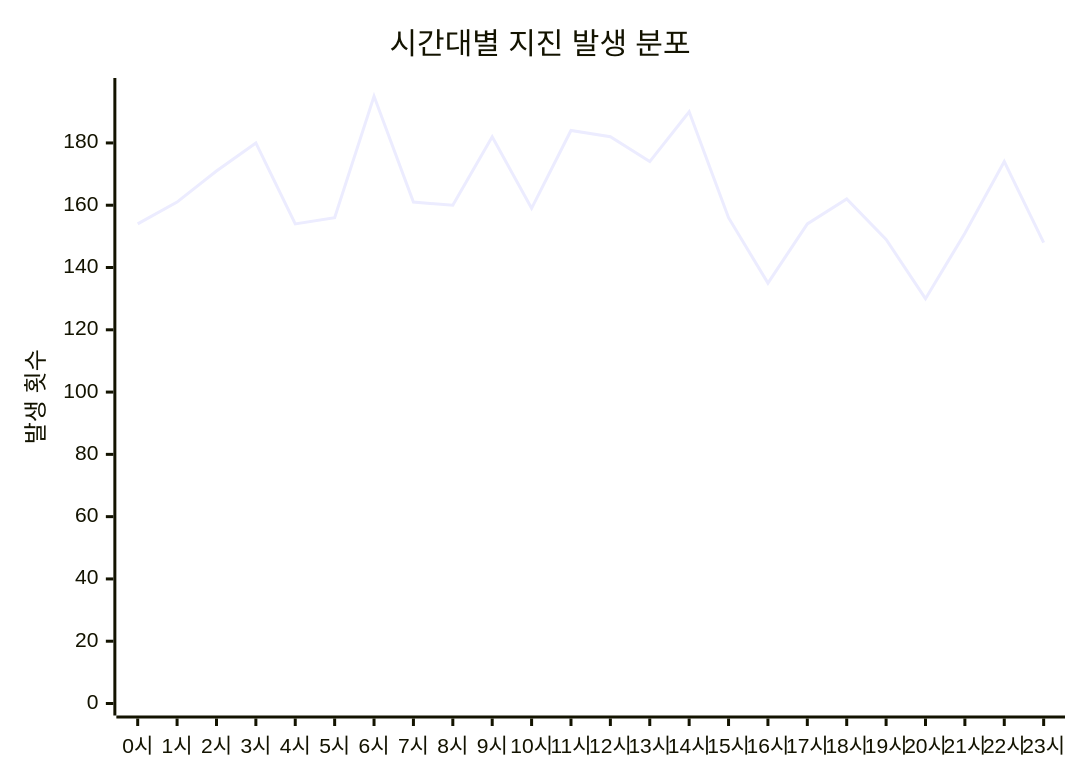
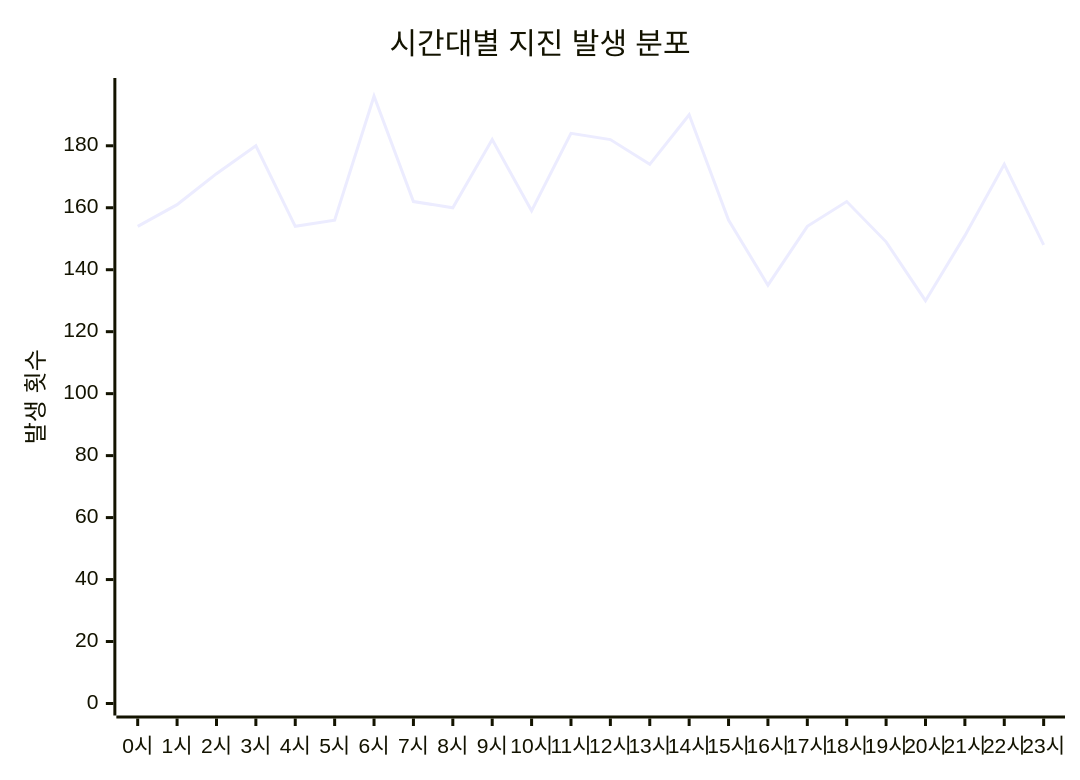
One commit to serendip811/japan-eq changed the diagram in charts/time-chart.md. Above: the diagram before and after it, drawn with Mermaid. The commit also changed other lines of this file and 5 other files, not shown here.

Commit message:
Update earthquake data and charts Sun Mar 29 07:24:31 UTC 2026

````diff
--- a/charts/time-chart.md
+++ b/charts/time-chart.md
@@ -3,7 +3,7 @@
 ```mermaid
 xychart-beta
     title "시간대별 지진 발생 분포"
     x-axis ["0시", "1시", "2시", "3시", "4시", "5시", "6시", "7시", "8시", "9시", "10시", "11시", "12시", "13시", "14시", "15시", "16시", "17시", "18시", "19시", "20시", "21시", "22시", "23시"]
-    y-axis "발생 횟수" 0 --> 197
-    line [154, 161, 171, 180, 154, 156, 195, 161, 160, 182, 159, 184, 182, 174, 190, 156, 135, 154, 162, 149, 130, 151, 174, 148]
+    y-axis "발생 횟수" 0 --> 198
+    line [154, 161, 171, 180, 154, 156, 196, 162, 160, 182, 159, 184, 182, 174, 190, 156, 135, 154, 162, 149, 130, 151, 174, 148]
 ```
````
